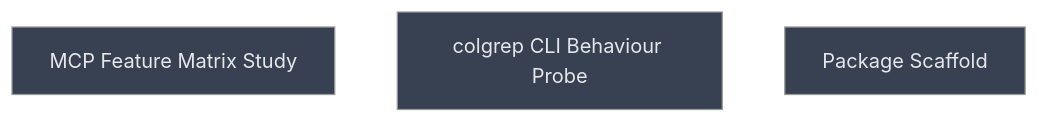
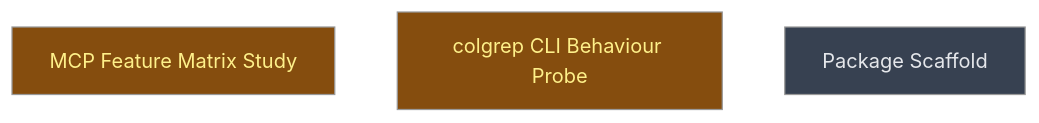
Before and after one commit to CrackingShells/colgrep-mcp: the diagram in __roadmap__/colgrep_mcp/README.md, drawn with Mermaid (neutral theme). The commit also changed other lines of this file, not shown here.

Commit message:
docs(roadmap): mark research leaves in progress

````diff
--- a/__roadmap__/colgrep_mcp/README.md
+++ b/__roadmap__/colgrep_mcp/README.md
@@ -29,11 +29,11 @@
 ```mermaid
 graph TD
-    research_mcp_features[MCP Feature Matrix Study]:::planned
-    research_colgrep_behaviour[colgrep CLI Behaviour Probe]:::planned
+    research_mcp_features[MCP Feature Matrix Study]:::inprogress
+    research_colgrep_behaviour[colgrep CLI Behaviour Probe]:::inprogress
     scaffold_package[Package Scaffold]:::planned
     classDef done       fill:#166534,color:#bbf7d0
     classDef inprogress fill:#854d0e,color:#fef08a
     classDef planned    fill:#374151,color:#e5e7eb
     classDef amendment  fill:#1e3a5f,color:#bfdbfe
     classDef blocked    fill:#7f1d1d,color:#fecaca
 ```
````
